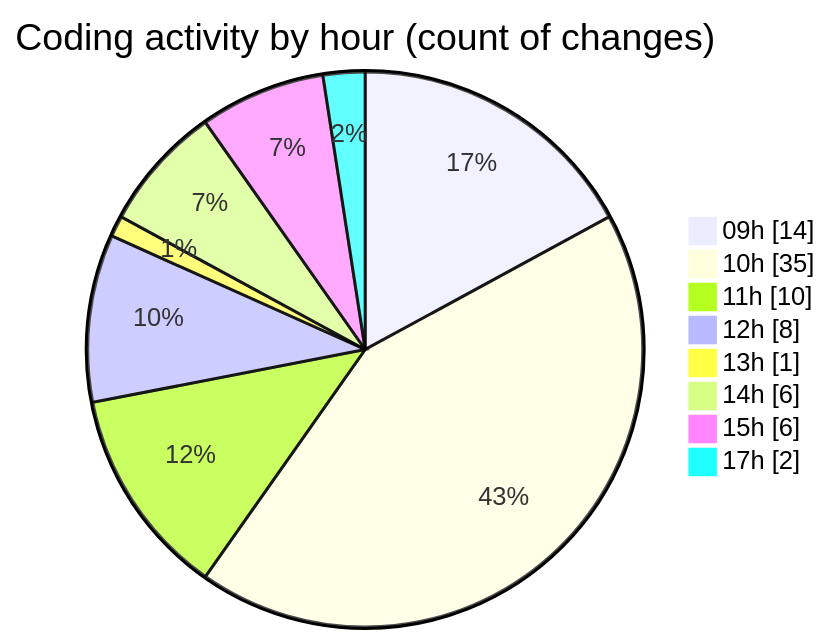
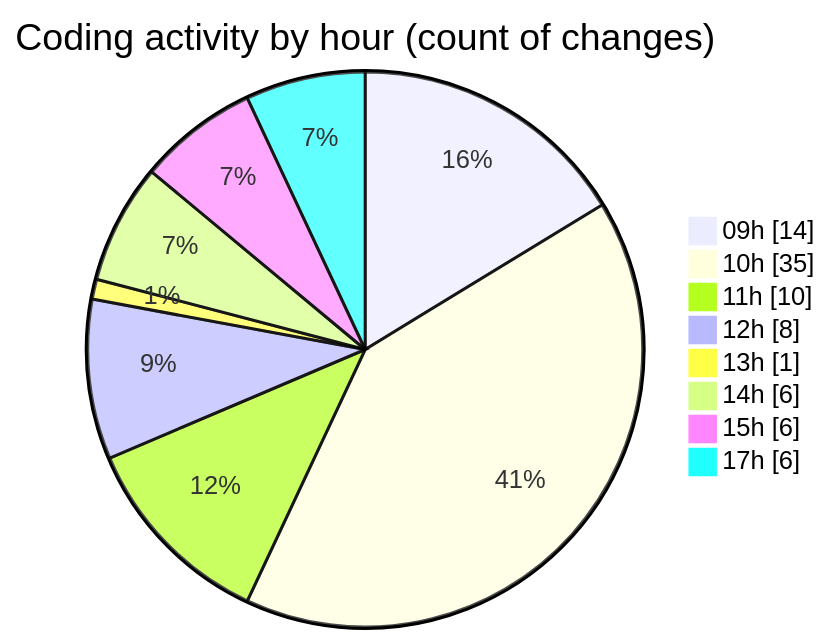
One commit to momahboobian/code-tracking changed the second of 2 diagrams in 2025-11-10/cda/README.md. Above: the diagram before and after it, drawn with Mermaid. The commit also changed other lines of this file and 1 other file, not shown here.

````diff
--- a/2025-11-10/cda/README.md
+++ b/2025-11-10/cda/README.md
@@ -57,12 +58,12 @@
 ```mermaid
 pie showData
 title Coding activity by hour (count of changes)
 "09h" : 14
 "10h" : 35
 "11h" : 10
 "12h" : 8
 "13h" : 1
 "14h" : 6
 "15h" : 6
-"17h" : 2
+"17h" : 6
 ```
````
